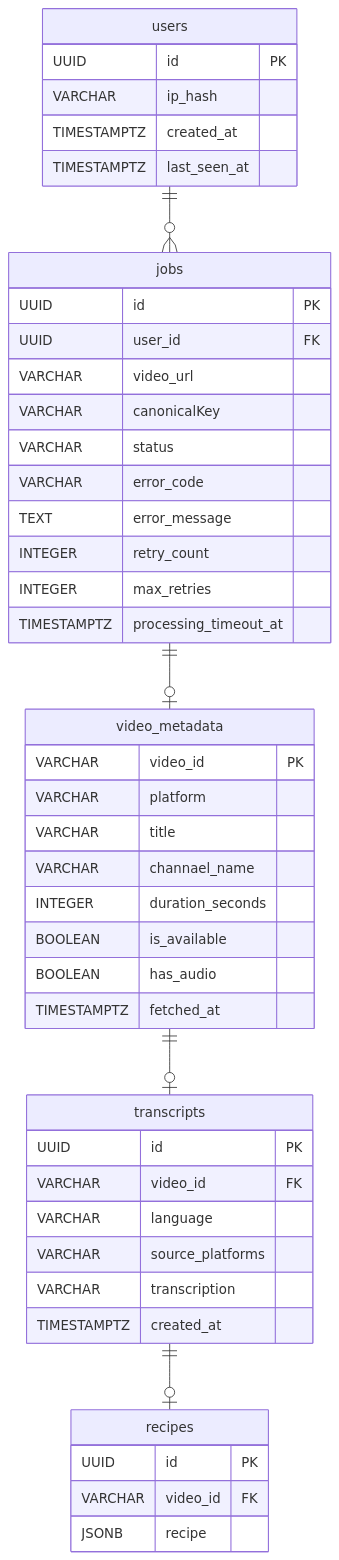
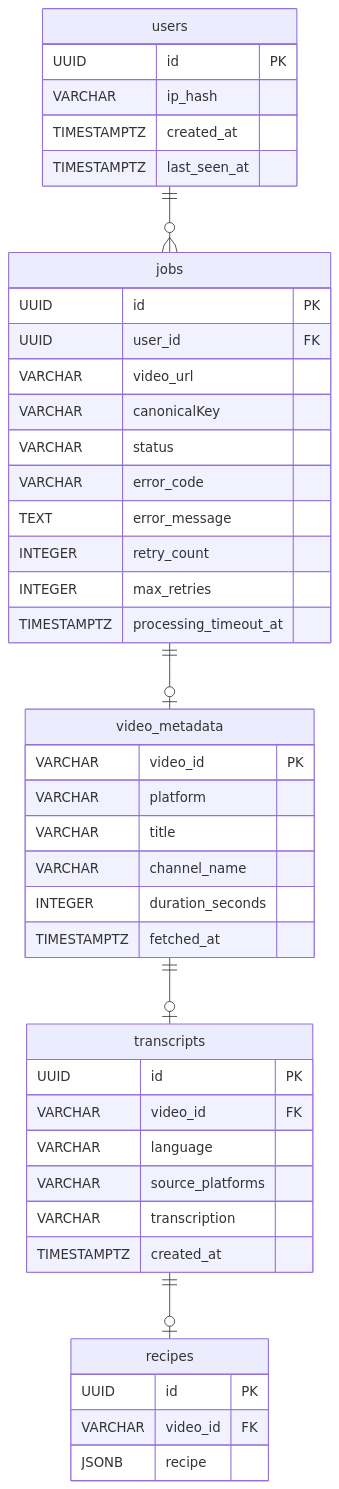
One commit to allfeia/Cooklink changed the diagram in docs/Data/postgres/ER_DIAGRAM_POSTGRES.md. Above: the diagram before and after it, drawn with Mermaid. The commit also changed 10 other files, not shown here.

````diff
--- a/docs/Data/postgres/ER_DIAGRAM_POSTGRES.md
+++ b/docs/Data/postgres/ER_DIAGRAM_POSTGRES.md
@@ -1,70 +1,68 @@
 ```mermaid
 erDiagram
     %% ─────────────────────────────────────
     %% CORE TABLES
     %% ─────────────────────────────────────
     users {
         UUID id PK
         VARCHAR ip_hash
         TIMESTAMPTZ created_at
         TIMESTAMPTZ last_seen_at
     }
     
     jobs {
         UUID id PK
         UUID user_id FK
         VARCHAR video_url
         VARCHAR canonicalKey
         VARCHAR status
         VARCHAR error_code
         TEXT error_message
         INTEGER retry_count
         INTEGER max_retries
         TIMESTAMPTZ processing_timeout_at
     }
     
     video_metadata {
         VARCHAR video_id PK
         VARCHAR platform
         VARCHAR title
-        VARCHAR channael_name
+        VARCHAR channel_name
         INTEGER duration_seconds
-        BOOLEAN is_available
-        BOOLEAN has_audio
         TIMESTAMPTZ fetched_at
     }
     
     %% ─────────────────────────────────────
     %% RECIPE DATA
     %% ─────────────────────────────────────
     transcripts {
         UUID id PK
         VARCHAR video_id FK
         VARCHAR language
         VARCHAR source_platforms
         VARCHAR transcription
         TIMESTAMPTZ created_at
     }
     
     recipes {
         UUID id PK
         VARCHAR video_id FK
         JSONB recipe
     }
     
 %%    rate_limit_counters {
 %%        UUID id PK
 %%        VARCHAR ip_hash
 %%        TIMESTAMPTZ window_start
 %%        INTEGER request_count
 %%    }
     
     %% ─────────────────────────────────────
     %% RELATIONSHIPS
     %% ─────────────────────────────────────
     users ||--o{ jobs : ""
     video_metadata ||--o| transcripts : ""
     transcripts ||--o| recipes : ""
     jobs ||--o| video_metadata : ""
 %%    users ||--o{ rate_limit_counters : ""
 ```
````
